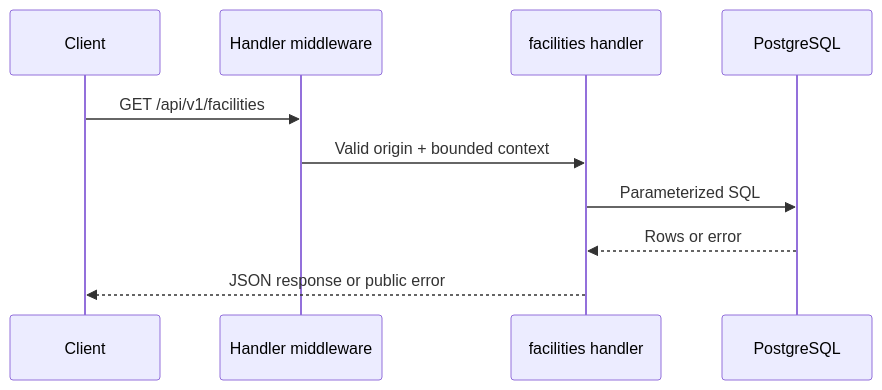
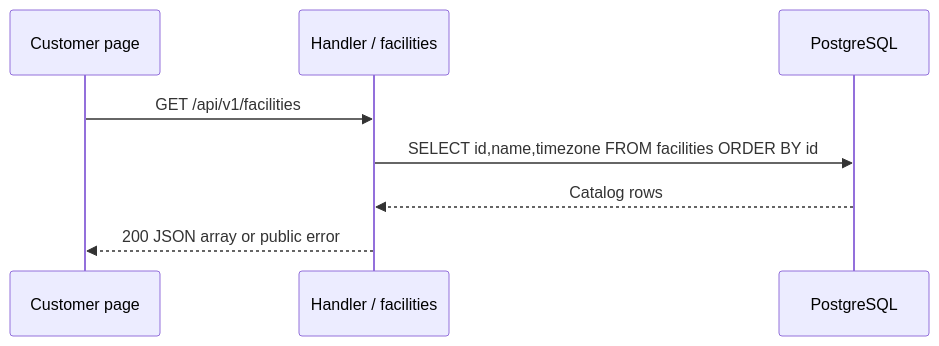
Before and after one commit to dilutedbrainjuice/courtflow: the diagram in buildDocs/buildDocs/CourtFlow/system-analysis/facilities.md, drawn with Mermaid. The commit also changed other lines of this file and 9 other files, not shown here.

````diff
--- a/buildDocs/buildDocs/CourtFlow/system-analysis/facilities.md
+++ b/buildDocs/buildDocs/CourtFlow/system-analysis/facilities.md
@@ -40,12 +91,10 @@
 ```mermaid
 sequenceDiagram
-    participant C as Client
-    participant M as Handler middleware
-    participant H as facilities handler
+    participant W as Customer page
+    participant A as Handler / facilities
     participant D as PostgreSQL
-    C->>M: GET /api/v1/facilities
-    M->>H: Valid origin + bounded context
-    H->>D: Parameterized SQL
-    D-->>H: Rows or error
-    H-->>C: JSON response or public error
+    W->>A: GET /api/v1/facilities
+    A->>D: SELECT id,name,timezone FROM facilities ORDER BY id
+    D-->>A: Catalog rows
+    A-->>W: 200 JSON array or public error
 ```
````
